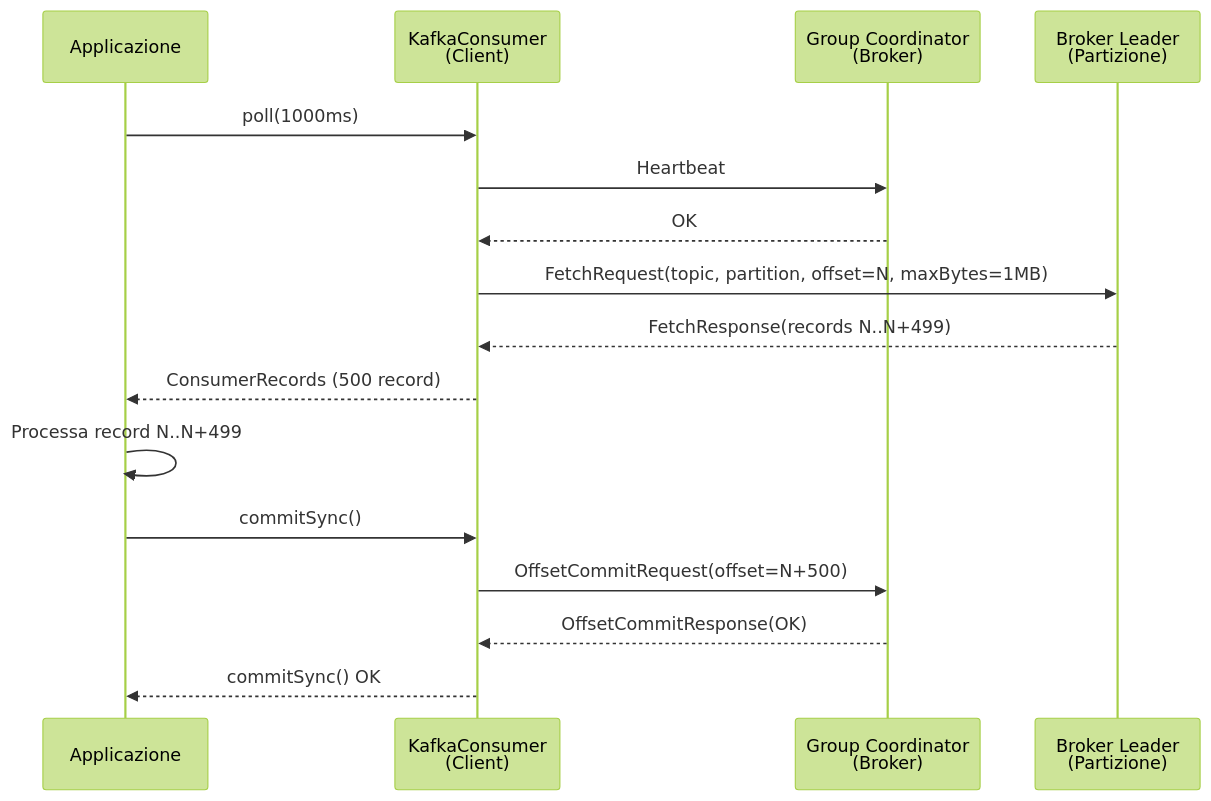
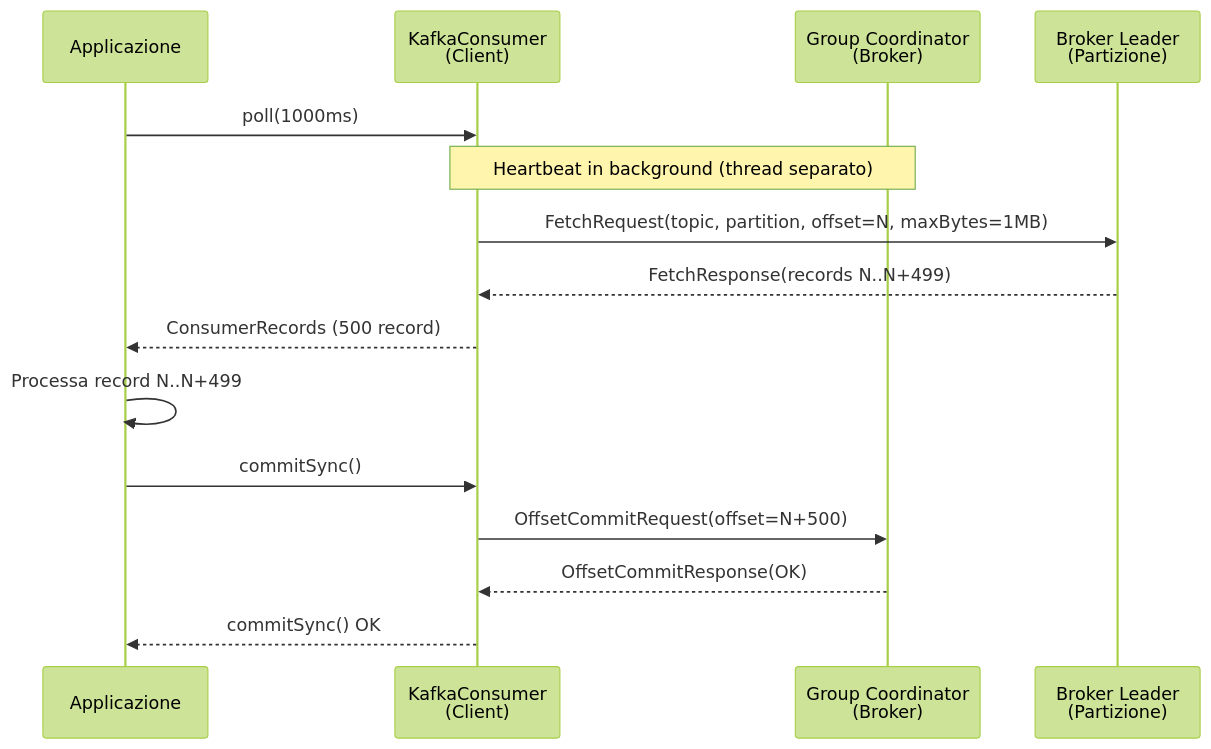
One commit to Tempohh/devops-kb changed the second of 2 diagrams in docs/messaging/kafka/fondamenti/consumatori.md. Above: the diagram before and after it, drawn with Mermaid (forest theme). The commit also changed other lines of this file and 1 other file, not shown here.

````diff
--- a/docs/messaging/kafka/fondamenti/consumatori.md
+++ b/docs/messaging/kafka/fondamenti/consumatori.md
@@ -126,19 +135,18 @@
 ```mermaid
 sequenceDiagram
     participant App as Applicazione
     participant Consumer as KafkaConsumer<br/>(Client)
     participant Coordinator as Group Coordinator<br/>(Broker)
     participant Leader as Broker Leader<br/>(Partizione)
 
     App->>Consumer: poll(1000ms)
-    Consumer->>Coordinator: Heartbeat
-    Coordinator-->>Consumer: OK
+    Note over Consumer,Coordinator: Heartbeat in background (thread separato)
     Consumer->>Leader: FetchRequest(topic, partition, offset=N, maxBytes=1MB)
     Leader-->>Consumer: FetchResponse(records N..N+499)
     Consumer-->>App: ConsumerRecords (500 record)
     App->>App: Processa record N..N+499
     App->>Consumer: commitSync()
     Consumer->>Coordinator: OffsetCommitRequest(offset=N+500)
     Coordinator-->>Consumer: OffsetCommitResponse(OK)
     Consumer-->>App: commitSync() OK
 ```
````
